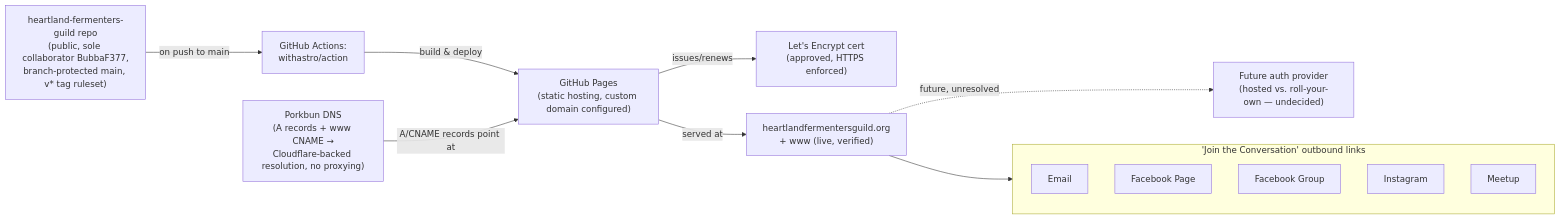
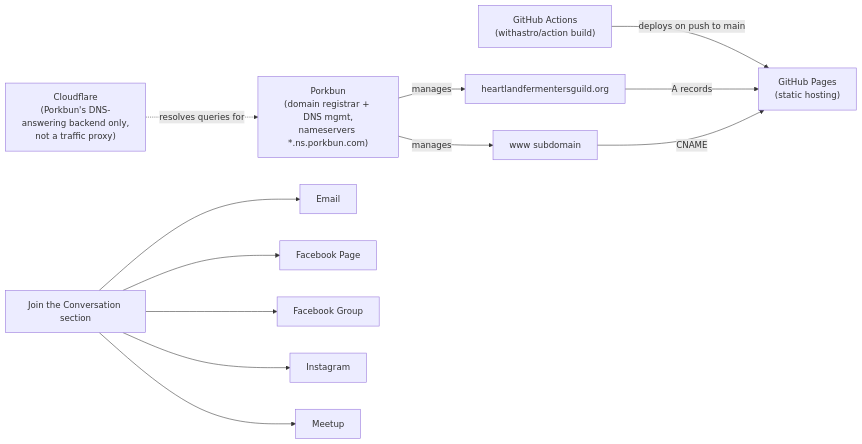
The second of 3 diagrams in docs/VISUALIZER.md (BubbaF377/heartland-fermenters-guild), drawn with Mermaid before and after one commit. The commit also changed other lines of this file, not shown here.

Commit message:
Update visualizer (requirements changed): heartland-fermenters-guild

````diff
--- a/docs/VISUALIZER.md
+++ b/docs/VISUALIZER.md
@@ -58,28 +45,15 @@
 ```mermaid
-flowchart LR
-    Repo["heartland-fermenters-guild repo<br/>(public, sole collaborator BubbaF377,<br/>branch-protected main, v* tag ruleset)"]
-    Action["GitHub Actions:<br/>withastro/action"]
-    Pages["GitHub Pages<br/>(static hosting, custom domain configured)"]
-    Cert["Let's Encrypt cert<br/>(approved, HTTPS enforced)"]
-    Domain["heartlandfermentersguild.org<br/>+ www (live, verified)"]
-    Porkbun["Porkbun DNS<br/>(A records + www CNAME →<br/>Cloudflare-backed resolution, no proxying)"]
+graph LR
+    ACTIONS["GitHub Actions<br/>(withastro/action build)"] -->|deploys on push to main| PAGES["GitHub Pages<br/>(static hosting)"]
+    DOMAIN["heartlandfermentersguild.org"] -->|A records| PAGES
+    WWW["www subdomain"] -->|CNAME| PAGES
+    PORKBUN["Porkbun<br/>(domain registrar + DNS mgmt,<br/>nameservers *.ns.porkbun.com)"] -->|manages| DOMAIN
+    PORKBUN -->|manages| WWW
+    CLOUDFLARE["Cloudflare<br/>(Porkbun's DNS-answering backend only,<br/>not a traffic proxy)"] -.->|resolves queries for| PORKBUN
 
-    Repo -->|on push to main| Action
-    Action -->|build & deploy| Pages
-    Pages -->|issues/renews| Cert
-    Pages -->|served at| Domain
-    Porkbun -->|A/CNAME records point at| Pages
-
-    subgraph SocialLinks["'Join the Conversation' outbound links"]
-        Email["Email"]
-        FBPage["Facebook Page"]
-        FBGroup["Facebook Group"]
-        Instagram["Instagram"]
-        Meetup["Meetup"]
-    end
-
-    Domain --> SocialLinks
-
-    AuthTBD["Future auth provider<br/>(hosted vs. roll-your-own — undecided)"]
-    Domain -.future, unresolved.-> AuthTBD
+    JOIN["Join the Conversation section"] --> EMAIL["Email"]
+    JOIN --> FBPAGE["Facebook Page"]
+    JOIN --> FBGROUP["Facebook Group"]
+    JOIN --> INSTA["Instagram"]
+    JOIN --> MEETUP["Meetup"]
 ```
````
